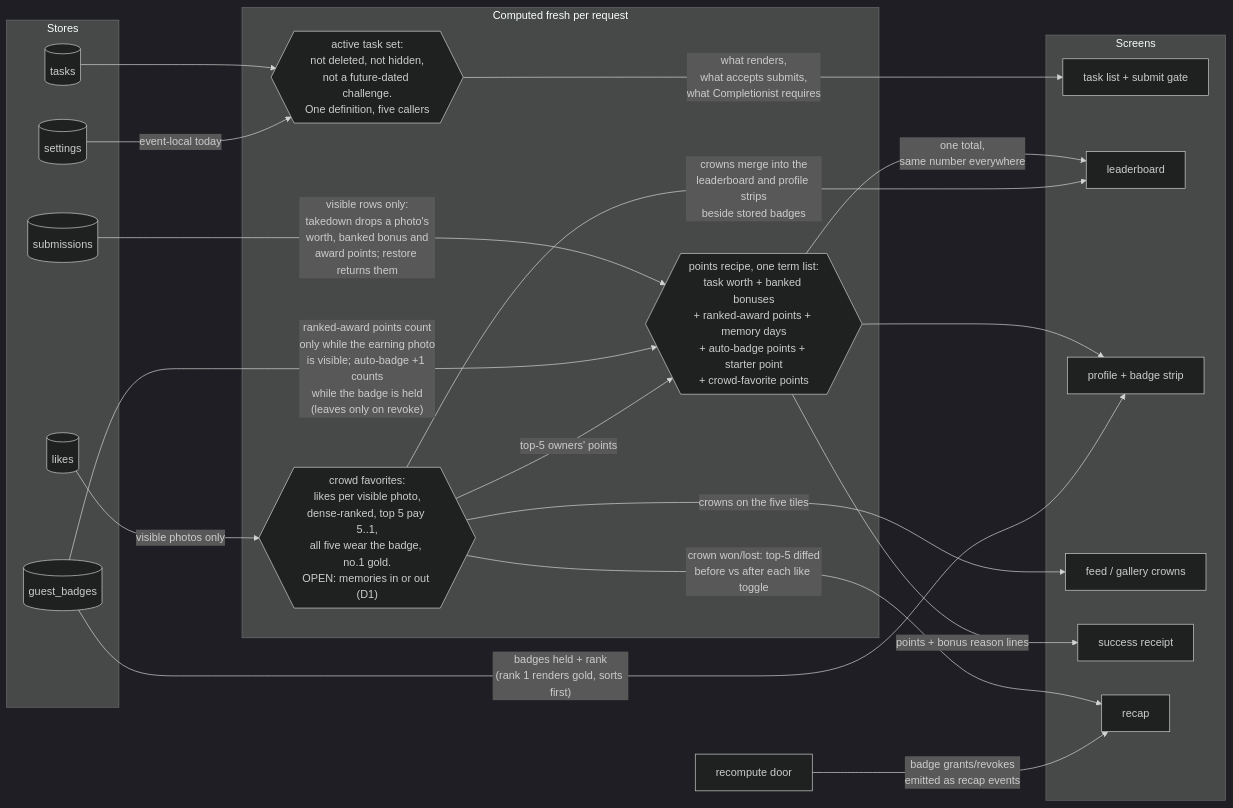
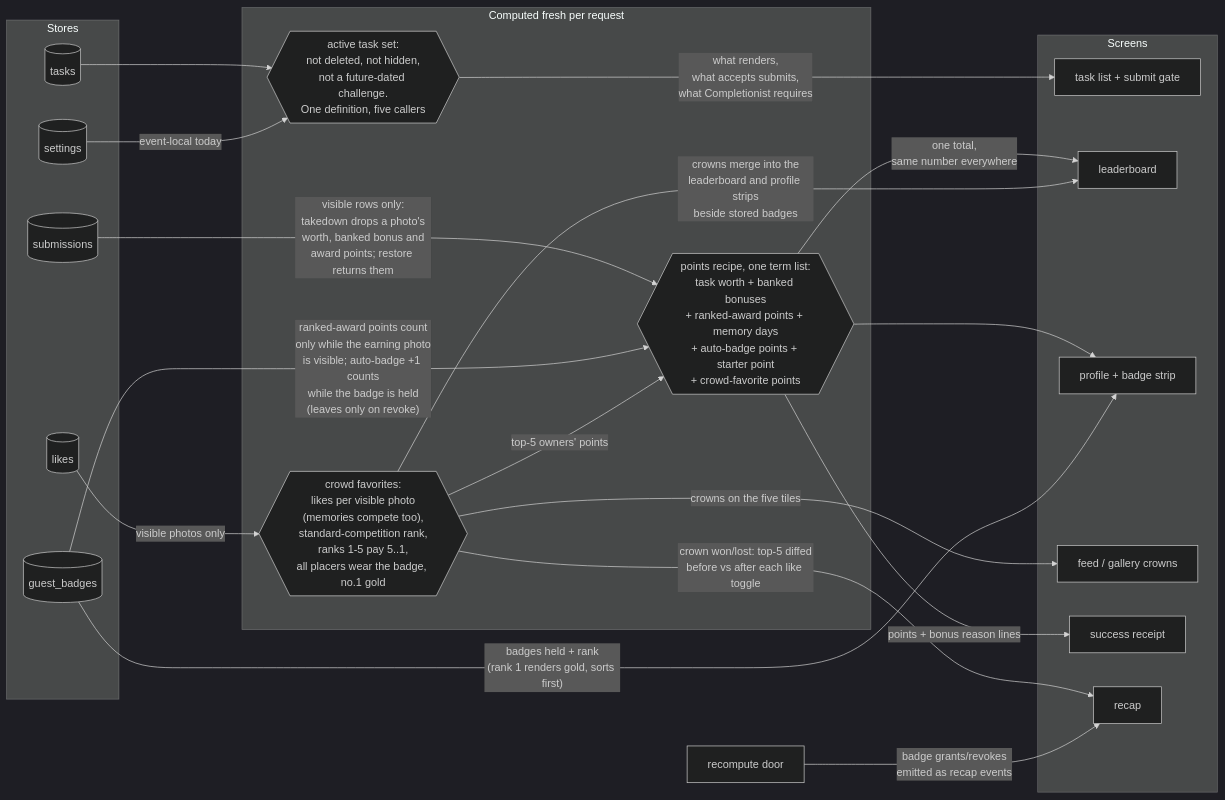
The second of 4 diagrams in docs/game-design-points-badges.md (TrevorHumble/TaskMasterWedding), drawn with Mermaid (dark theme) before and after one commit. The commit also changed other lines of this file and 8 other files, not shown here.

````diff
--- a/docs/game-design-points-badges.md
+++ b/docs/game-design-points-badges.md
@@ -205,42 +206,42 @@
 ```mermaid
 flowchart LR
   subgraph Stores
     T[("tasks")]
     S[("submissions")]
     L[("likes")]
     GB[("guest_badges")]
     ST[("settings")]
   end
 
   subgraph Derived["Computed fresh per request"]
     ATS{{"active task set:<br/>not deleted, not hidden,<br/>not a future-dated challenge.<br/>One definition, five callers"}}
-    CF{{"crowd favorites:<br/>likes per visible photo,<br/>dense-ranked, top 5 pay 5..1,<br/>all five wear the badge, no.1 gold.<br/>OPEN: memories in or out (D1)"}}
+    CF{{"crowd favorites:<br/>likes per visible photo<br/>(memories compete too),<br/>standard-competition rank,<br/>ranks 1-5 pay 5..1,<br/>all placers wear the badge, no.1 gold"}}
     PTS{{"points recipe, one term list:<br/>task worth + banked bonuses<br/>+ ranked-award points + memory days<br/>+ auto-badge points + starter point<br/>+ crowd-favorite points"}}
   end
 
   subgraph Screens
     TK["task list + submit gate"]
     LB["leaderboard"]
     PR["profile + badge strip"]
     FD["feed / gallery crowns"]
     RC["success receipt"]
     BL["recap"]
   end
 
   T --> ATS
   ST -- "event-local today" --> ATS
   S -- "visible rows only:<br/>takedown drops a photo's<br/>worth, banked bonus and<br/>award points; restore returns them" --> PTS
   GB -- "ranked-award points count<br/>only while the earning photo<br/>is visible; auto-badge +1 counts<br/>while the badge is held<br/>(leaves only on revoke)" --> PTS
   L -- "visible photos only" --> CF
   CF -- "top-5 owners' points" --> PTS
 
   ATS -- "what renders,<br/>what accepts submits,<br/>what Completionist requires" --> TK
   PTS -- "one total,<br/>same number everywhere" --> LB
   PTS --> PR
   GB -- "badges held + rank<br/>(rank 1 renders gold, sorts first)" --> PR
   CF -- "crowns merge into the<br/>leaderboard and profile strips<br/>beside stored badges" --> LB
   CF -- "crowns on the five tiles" --> FD
   PTS -- "points + bonus reason lines" --> RC
   CF -- "crown won/lost: top-5 diffed<br/>before vs after each like toggle" --> BL
   R2["recompute door"] -- "badge grants/revokes<br/>emitted as recap events" --> BL
 ```
````
